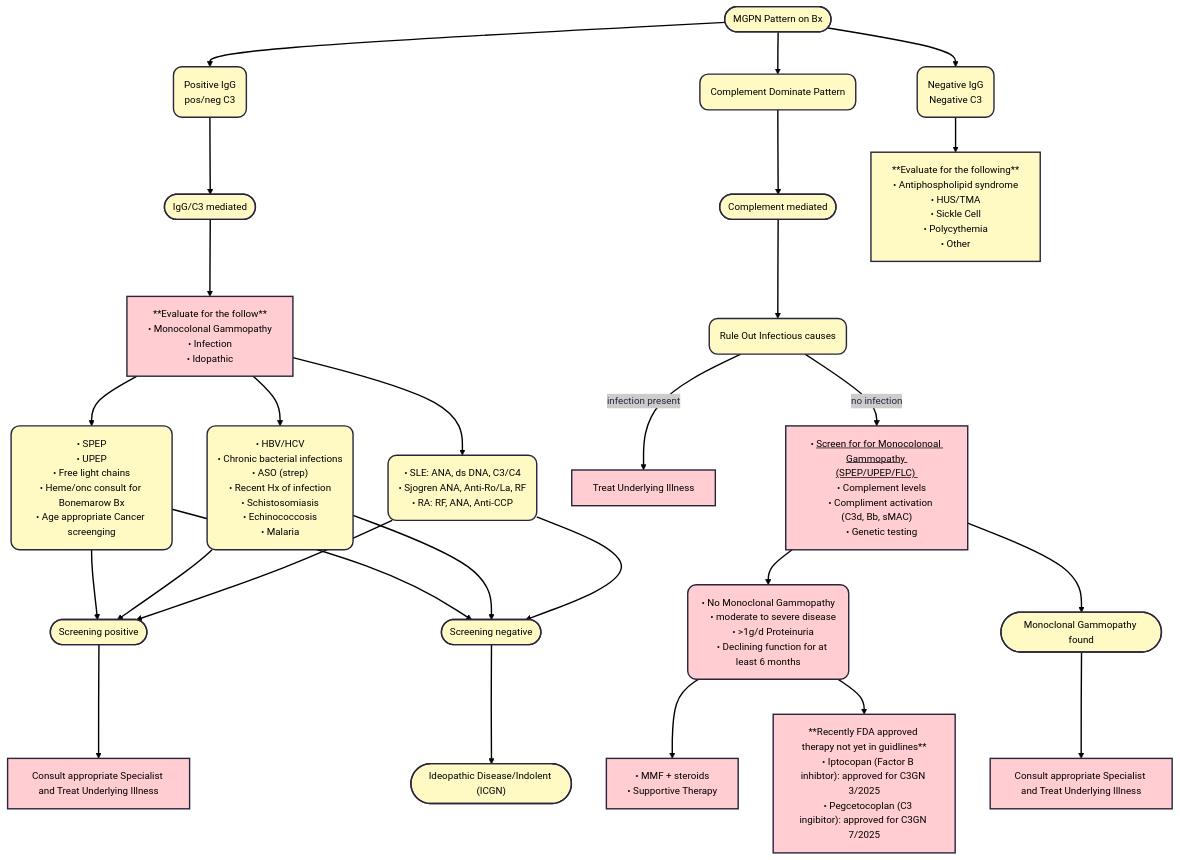
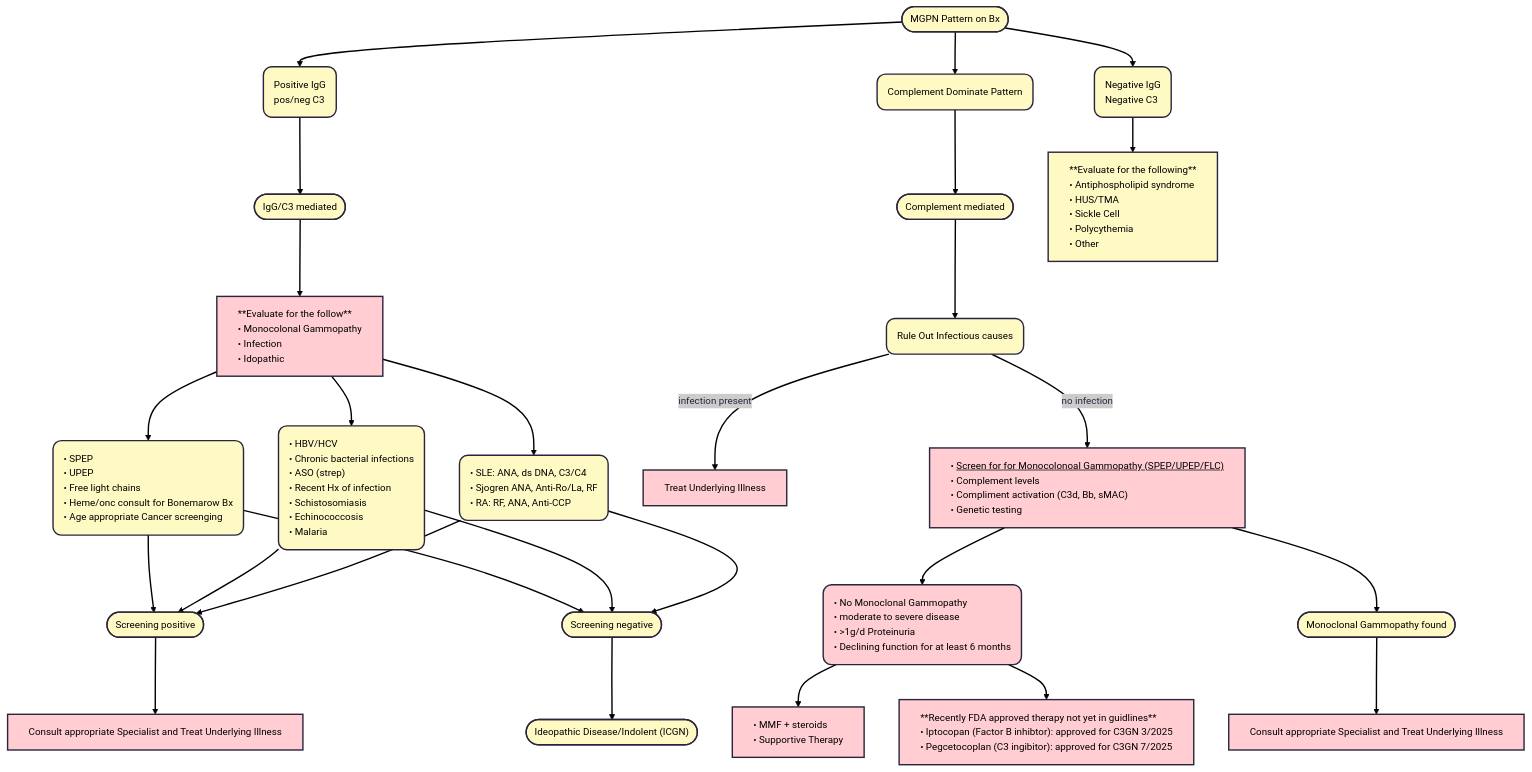
The first of 2 diagrams in docs/MPGN-C3GN.md (TTUNEPH2025/GN), drawn with Mermaid before and after one commit. The commit also changed other lines of this file, not shown here.

````diff
--- a/docs/MPGN-C3GN.md
+++ b/docs/MPGN-C3GN.md
@@ -141,27 +141,27 @@
     n11@{ shape: rounded}
     n12@{ shape: rounded}
     n30@{ shape: rounded}
-    style A color:#000000,fill:#FFF9C4
-    style n1 color:#000000,fill:#FFF9C4
-    style n2 color:#000000,fill:#FFF9C4
-    style n3 color:#000000,fill:#FFF9C4
-    style n4 color:#000000,fill:#FFF9C4
-    style n6 color:#000000,fill:#FFF9C4
-    style n7 color:#000000,fill:#FFF9C4
-    style n8 color:#000000,fill:#FFF9C4
-    style n9 fill:#FFCDD2,color:#000000
-    style n10 color:#000000,fill:#FFF9C4
-    style n11 color:#000000,fill:#FFF9C4
-    style n12 color:#000000,fill:#FFF9C4
-    style n23 fill:#FFCDD2,color:#000000
-    style n24 fill:#FFCDD2,color:#000000
-    style n17 color:#000000,fill:#FFF9C4
-    style n20 color:#000000,fill:#FFF9C4
-    style n21 fill:#FFCDD2,color:#000000
-    style n22 color:#000000,fill:#FFF9C4
-    style n30 fill:#FFCDD2,color:#000000
-    style n31 color:#000000,fill:#FFF9C4
-    style n32 fill:#FFCDD2,color:#000000
-    style n33 fill:#FFCDD2,color:#000000
-    style n34 fill:#FFCDD2,color:#000000
+    style A color:#000000,fill:#FFF9C4,text-align:left,white-space:nowrap
+    style n1 color:#000000,fill:#FFF9C4,text-align:left,white-space:nowrap
+    style n2 color:#000000,fill:#FFF9C4,text-align:left,white-space:nowrap
+    style n3 color:#000000,fill:#FFF9C4,text-align:left,white-space:nowrap
+    style n4 color:#000000,fill:#FFF9C4,text-align:left,white-space:nowrap
+    style n6 color:#000000,fill:#FFF9C4,text-align:left,white-space:nowrap
+    style n7 color:#000000,fill:#FFF9C4,text-align:left,white-space:nowrap
+    style n8 color:#000000,fill:#FFF9C4,text-align:left,white-space:nowrap
+    style n9 fill:#FFCDD2,color:#000000,text-align:left,white-space:nowrap
+    style n10 color:#000000,fill:#FFF9C4,text-align:left,white-space:nowrap
+    style n11 color:#000000,fill:#FFF9C4,text-align:left,white-space:nowrap
+    style n12 color:#000000,fill:#FFF9C4,text-align:left,white-space:nowrap
+    style n23 fill:#FFCDD2,color:#000000,text-align:left,white-space:nowrap
+    style n24 fill:#FFCDD2,color:#000000,text-align:left,white-space:nowrap
+    style n17 color:#000000,fill:#FFF9C4,text-align:left,white-space:nowrap
+    style n20 color:#000000,fill:#FFF9C4,text-align:left,white-space:nowrap
+    style n21 fill:#FFCDD2,color:#000000,text-align:left,white-space:nowrap
+    style n22 color:#000000,fill:#FFF9C4,text-align:left,white-space:nowrap
+    style n30 fill:#FFCDD2,color:#000000,text-align:left,white-space:nowrap
+    style n31 color:#000000,fill:#FFF9C4,text-align:left,white-space:nowrap
+    style n32 fill:#FFCDD2,color:#000000,text-align:left,white-space:nowrap
+    style n33 fill:#FFCDD2,color:#000000,text-align:left,white-space:nowrap
+    style n34 fill:#FFCDD2,color:#000000,text-align:left,white-space:nowrap
 ```
````
